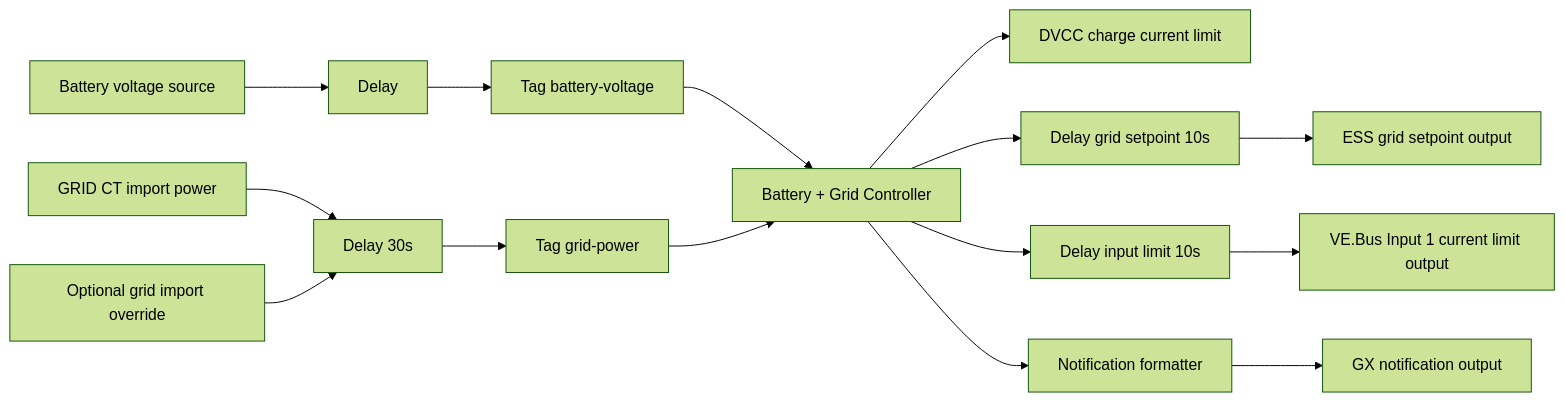
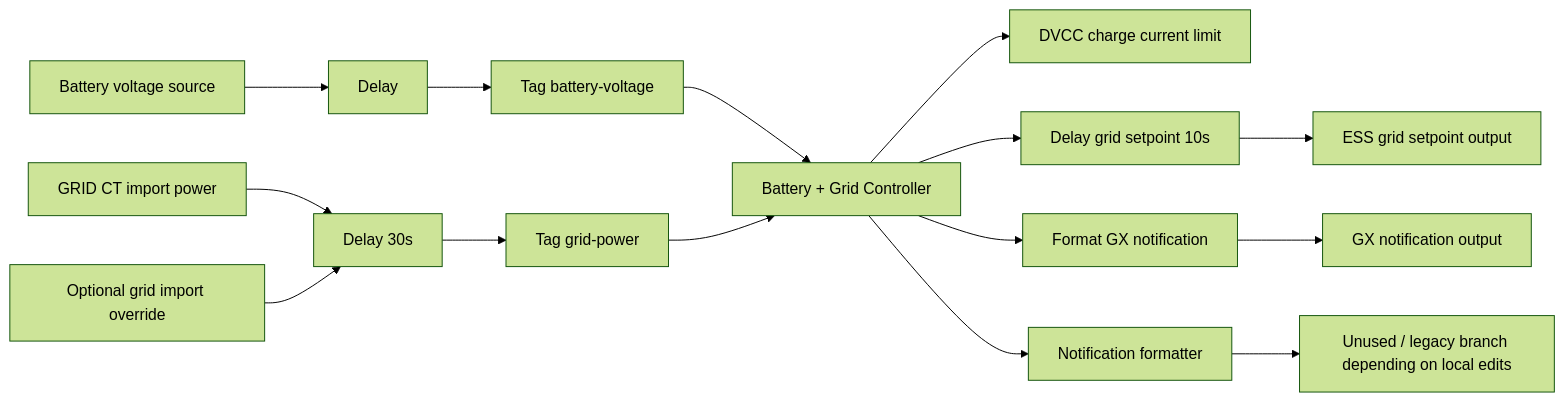
Before and after one commit to vzakusylo/victron: the third of 3 diagrams in README.md, drawn with Mermaid (forest theme). The commit also changed other lines of this file and 2 other files, not shown here.

````diff
--- a/README.md
+++ b/README.md
@@ -231,20 +254,20 @@
 ```mermaid
 flowchart LR
     A[Battery voltage source] --> B[Delay]
     B --> C[Tag battery-voltage]
     C --> H[Battery + Grid Controller]
 
     D[GRID CT import power] --> E[Delay 30s]
     E --> F[Tag grid-power]
     F --> H
 
     G[Optional grid import override] --> E
 
     H --> I[DVCC charge current limit]
     H --> J[Delay grid setpoint 10s]
     J --> K[ESS grid setpoint output]
-    H --> L[Delay input limit 10s]
-    L --> M[VE.Bus Input 1 current limit output]
+    H --> L[Format GX notification]
+    L --> M[GX notification output]
     H --> N[Notification formatter]
-    N --> O[GX notification output]
+    N --> O[Unused / legacy branch depending on local edits]
 ```
````
